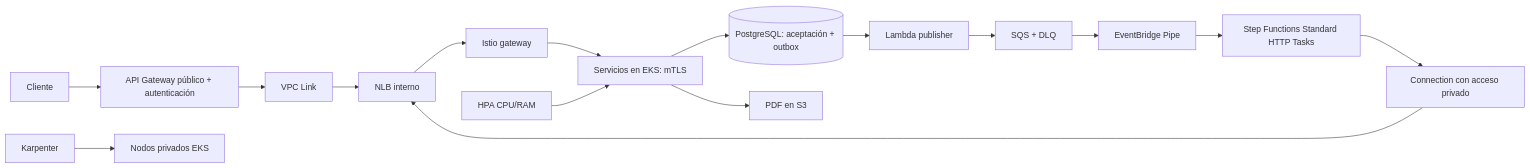
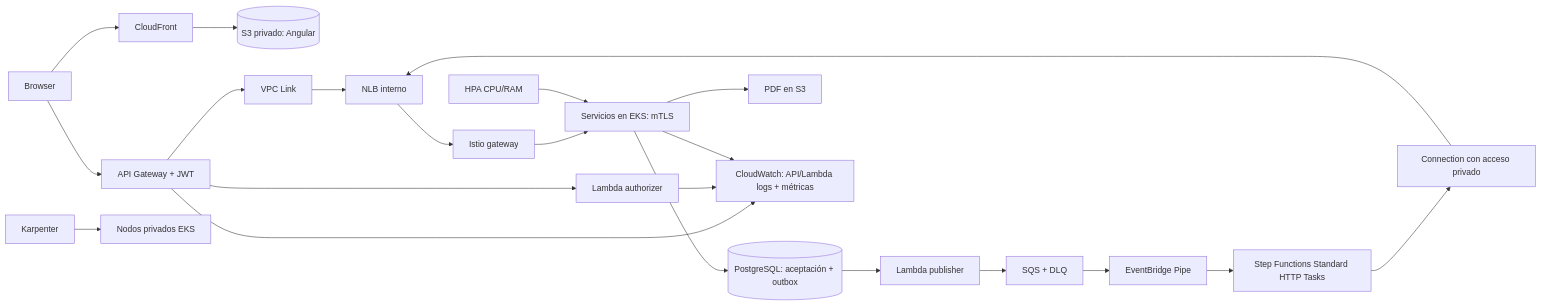
One commit to Mercally/micro-test changed the diagram in aws/README.md. Above: the diagram before and after it, drawn with Mermaid. The commit also changed other lines of this file and 28 other files, not shown here.

````diff
--- a/aws/README.md
+++ b/aws/README.md
@@ -23,18 +23,24 @@
 ```mermaid
 flowchart LR
-  C[Cliente] --> API[API Gateway público + autenticación]
+  C[Browser] --> CF[CloudFront]
+  CF --> WEB[(S3 privado: Angular)]
+  C --> API[API Gateway + JWT]
+  API --> AUTH[Lambda authorizer]
   API --> VL[VPC Link]
   VL --> N[NLB interno]
   N --> I[Istio gateway]
   I --> M[Servicios en EKS: mTLS]
   M --> DB[(PostgreSQL: aceptación + outbox)]
   DB --> P[Lambda publisher]
   P --> Q[SQS + DLQ]
   Q --> Pipe[EventBridge Pipe]
   Pipe --> SF[Step Functions Standard HTTP Tasks]
   SF --> Conn[Connection con acceso privado]
   Conn --> N
   M --> S3[PDF en S3]
   H[HPA CPU/RAM] --> M
   K[Karpenter] --> E[Nodos privados EKS]
+  API --> CW[CloudWatch: API/Lambda logs + métricas]
+  AUTH --> CW
+  M --> CW
 ```
````
